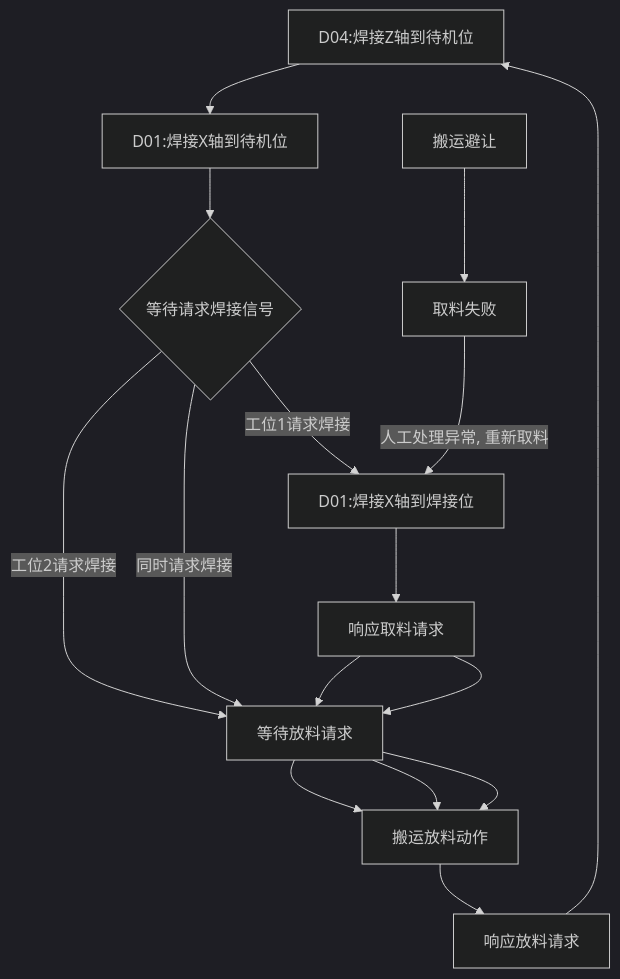
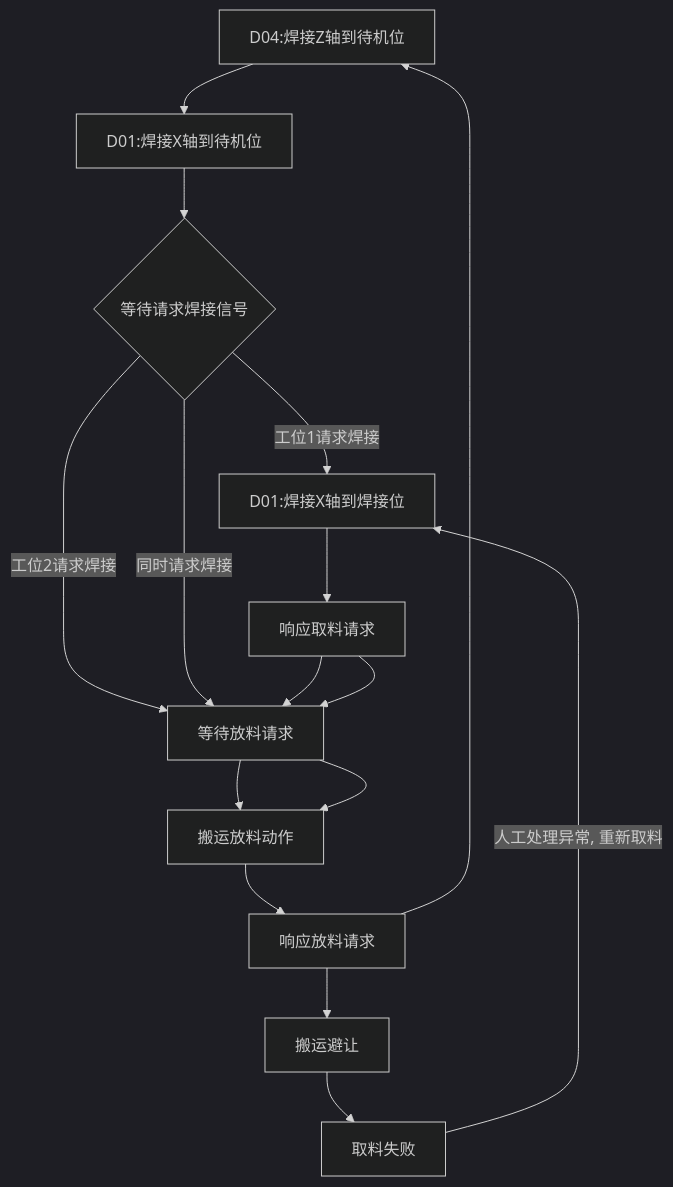
The diagram in all/OP10焊接工位自动流程.md (PengKun1/iodraw-files), drawn with Mermaid (dark theme) before and after one commit.

Commit message:
2024-08-06 16:57:02 update

````diff
--- a/all/OP10焊接工位自动流程.md
+++ b/all/OP10焊接工位自动流程.md
@@ -1,20 +1,20 @@
 ```mermaid
 graph TD
 10[D04:焊接Z轴到待机位]-->20
 20[D01:焊接X轴到待机位]-->30
 30{等待请求焊接信号}-->|工位1请求焊接|40
 30-->|工位2请求焊接|60
 30-->|同时请求焊接|60
 40[D01:焊接X轴到焊接位]-->50
 50[D04:焊接Z轴到焊接位]-->60
 60[启动焊接子流程]-->70
-60[启动焊接子流程]-->70
+80[启动焊接子流程]-->90
 50[响应取料请求]-->60
 60[等待放料请求]-->70
 70[搬运放料动作]-->80
 80[响应放料请求]-->10
 
 90[搬运避让]-->900
 
 900[取料失败]-->|人工处理异常, 重新取料|40
 ```
````
